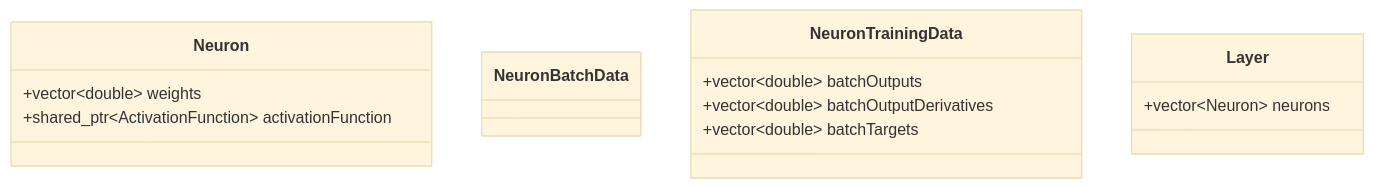
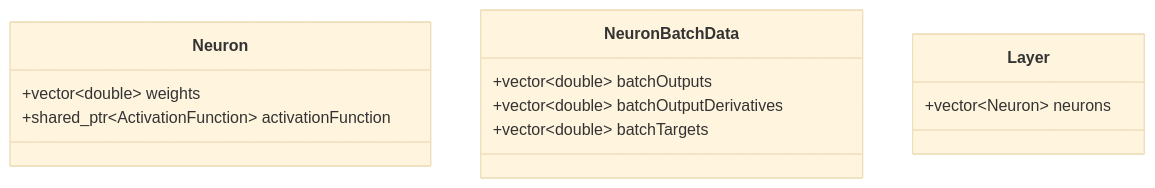
The fourth of 5 diagrams in README.md (alejandrofsevilla/neural-network-notes), drawn with Mermaid (base theme) before and after one commit.

````diff
--- a/README.md
+++ b/README.md
@@ -330,14 +330,14 @@
 ```mermaid
 classDiagram
 class Neuron
 Neuron: +vector~double~ weights
 Neuron: +shared_ptr~ActivationFunction~ activationFunction
 
 class NeuronBatchData
-NeuronTrainingData: +vector~double~ batchOutputs
-NeuronTrainingData: +vector~double~ batchOutputDerivatives
-NeuronTrainingData: +vector~double~ batchTargets
+NeuronBatchData: +vector~double~ batchOutputs
+NeuronBatchData: +vector~double~ batchOutputDerivatives
+NeuronBatchData: +vector~double~ batchTargets
 
 class Layer
 Layer: +vector~Neuron~ neurons
 ```
````
